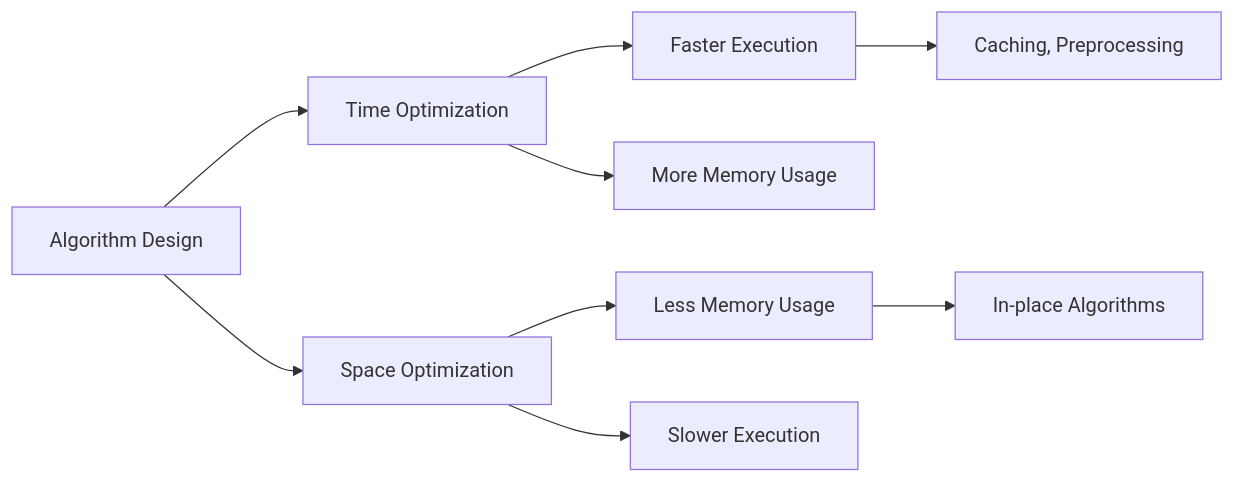
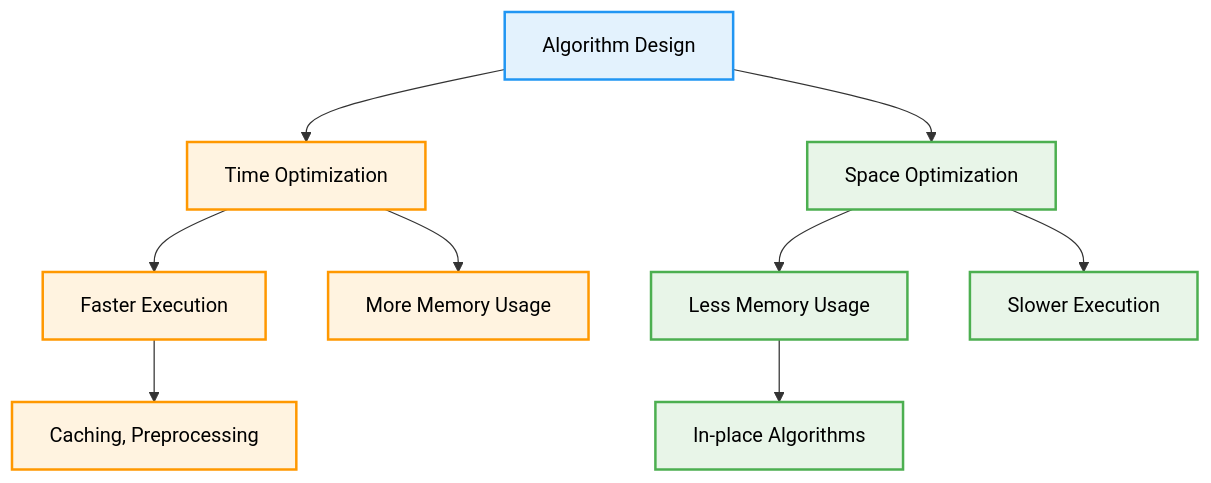
The sixth of 8 diagrams in concepts/fundamentals.md (AbhishekGiri04/CodeVault), drawn with Mermaid before and after one commit. The commit also changed other lines of this file, not shown here.

Commit message:
Fix Algorithm Categories Mermaid diagram syntax

````diff
--- a/concepts/fundamentals.md
+++ b/concepts/fundamentals.md
@@ -496,14 +376,23 @@
 ```mermaid
-graph LR
-    A[Algorithm Design] --> B[Time Optimization]
-    A --> C[Space Optimization]
+flowchart TD
+    A["Algorithm Design"] --> B["Time Optimization"]
+    A --> C["Space Optimization"]
     
-    B --> D[Faster Execution]
-    B --> E[More Memory Usage]
+    B --> D["Faster Execution"]
+    B --> E["More Memory Usage"]
     
-    C --> F[Less Memory Usage]
-    C --> G[Slower Execution]
+    C --> F["Less Memory Usage"]
+    C --> G["Slower Execution"]
     
-    D --> H[Caching, Preprocessing]
-    F --> I[In-place Algorithms]
+    D --> H["Caching, Preprocessing"]
+    F --> I["In-place Algorithms"]
+    
+    classDef default fill:#f9f9f9,stroke:#333,stroke-width:2px,color:#000
+    classDef design fill:#e3f2fd,stroke:#2196f3,stroke-width:2px,color:#000
+    classDef time fill:#fff3e0,stroke:#ff9800,stroke-width:2px,color:#000
+    classDef space fill:#e8f5e8,stroke:#4caf50,stroke-width:2px,color:#000
+    classDef result fill:#f3e5f5,stroke:#9c27b0,stroke-width:2px,color:#000
+    class A design
+    class B,D,E,H time
+    class C,F,G,I space
 ```
````
